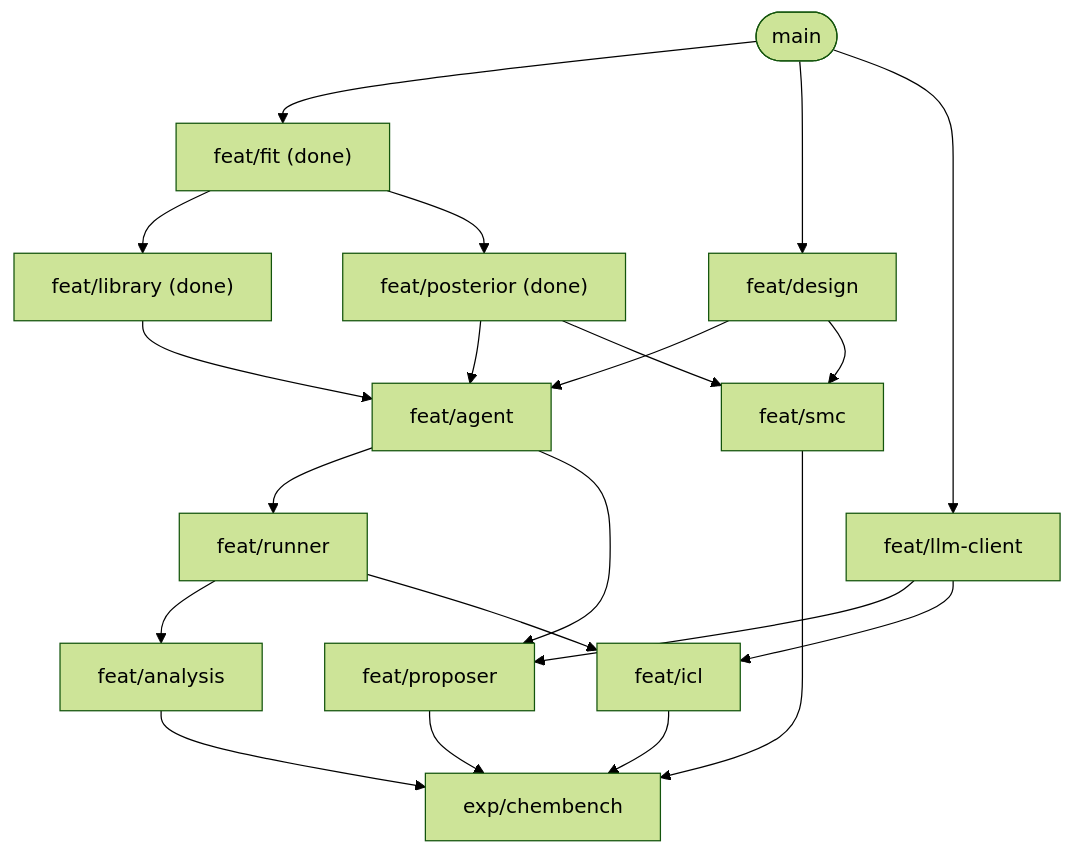
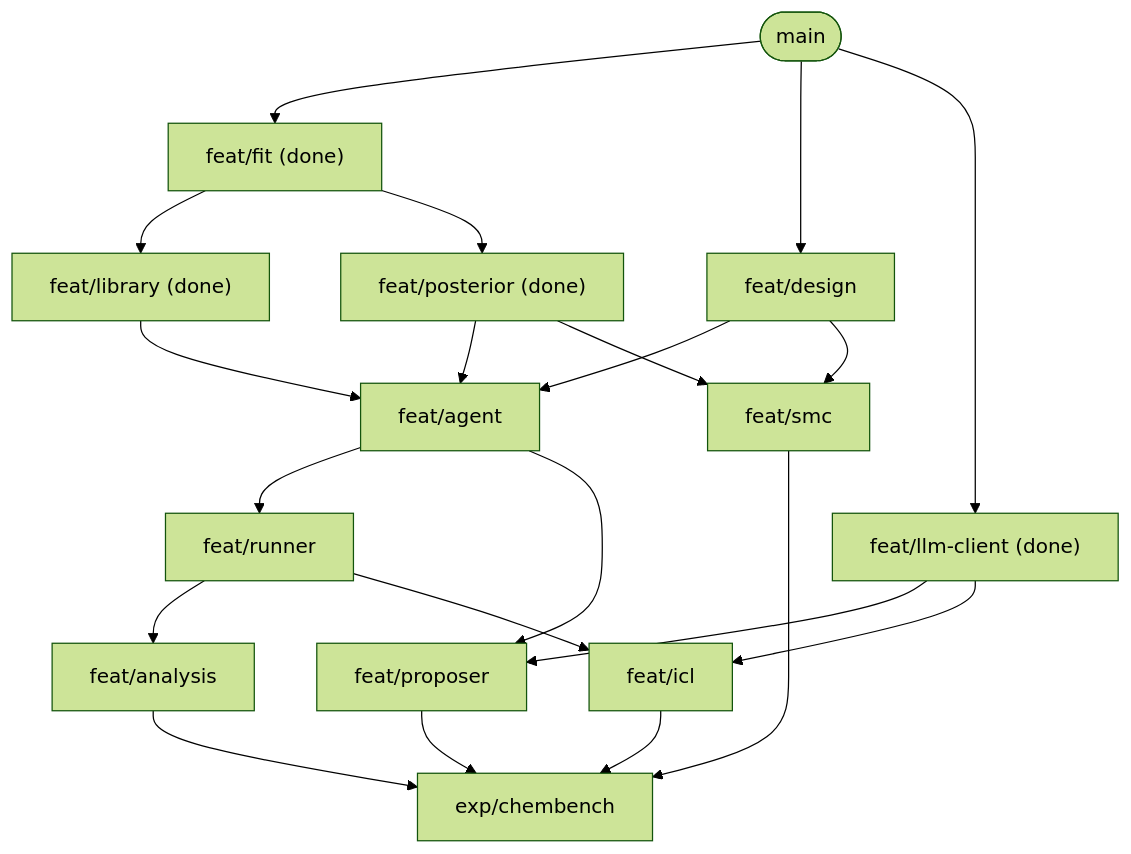
Before and after one commit to yuta0no/mda-impl: the second of 2 diagrams in docs/blueprint.md, drawn with Mermaid (forest theme). The commit also changed other lines of this file and 2 other files, not shown here.

````diff
--- a/docs/blueprint.md
+++ b/docs/blueprint.md
@@ -72,23 +74,23 @@
 ```mermaid
 flowchart TD
     main(["main"]) --> fit["feat/fit (done)"]
     fit --> library["feat/library (done)"]
     fit --> posterior["feat/posterior (done)"]
     main --> design["feat/design"]
-    main --> llmc["feat/llm-client"]
+    main --> llmc["feat/llm-client (done)"]
     library --> agent["feat/agent"]
     posterior --> agent
     design --> agent
     agent --> runner["feat/runner"]
     agent --> proposer["feat/proposer"]
     llmc --> proposer
     runner --> analysis["feat/analysis"]
     runner --> icl["feat/icl"]
     llmc --> icl
     posterior --> smc["feat/smc"]
     design --> smc
     proposer --> exp["exp/chembench"]
     analysis --> exp
     icl --> exp
     smc --> exp
 ```
````
